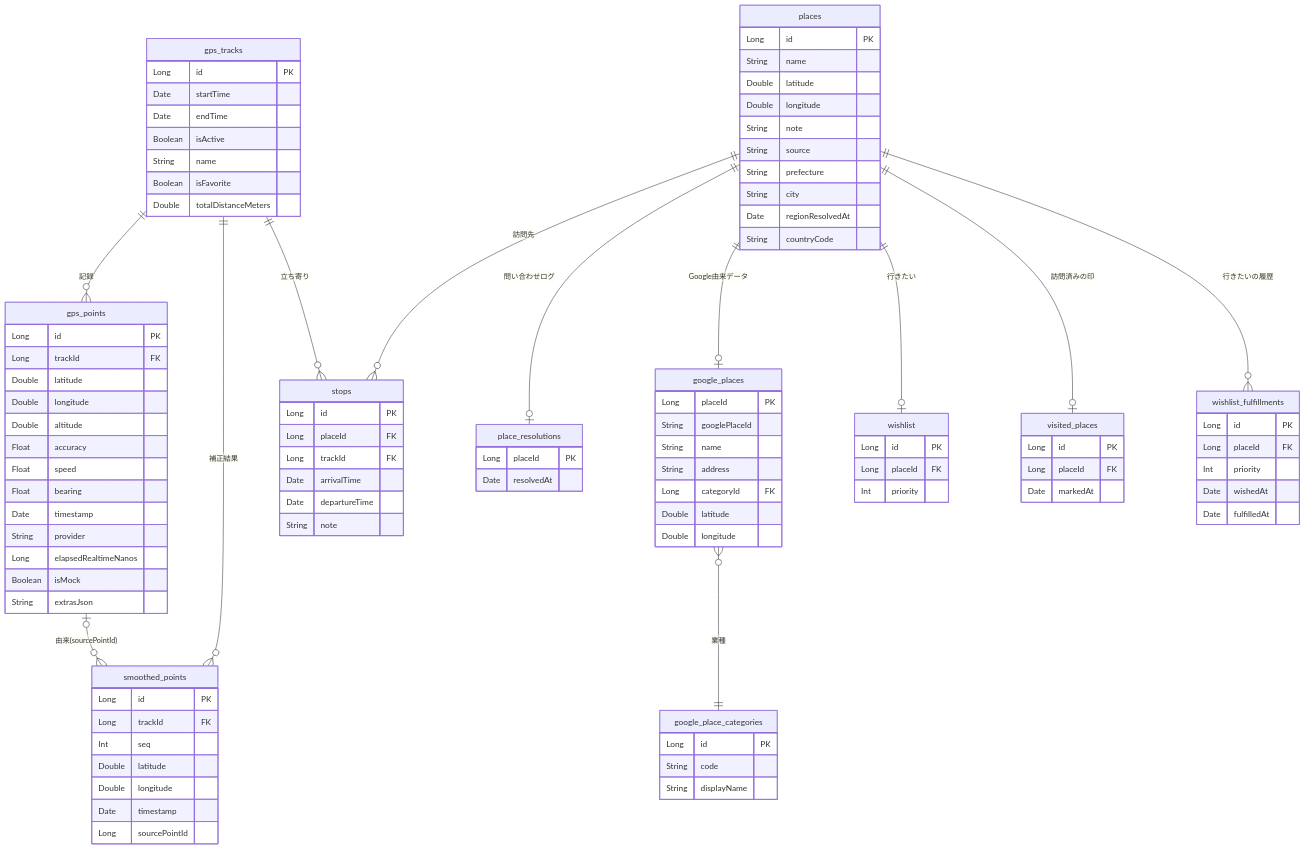
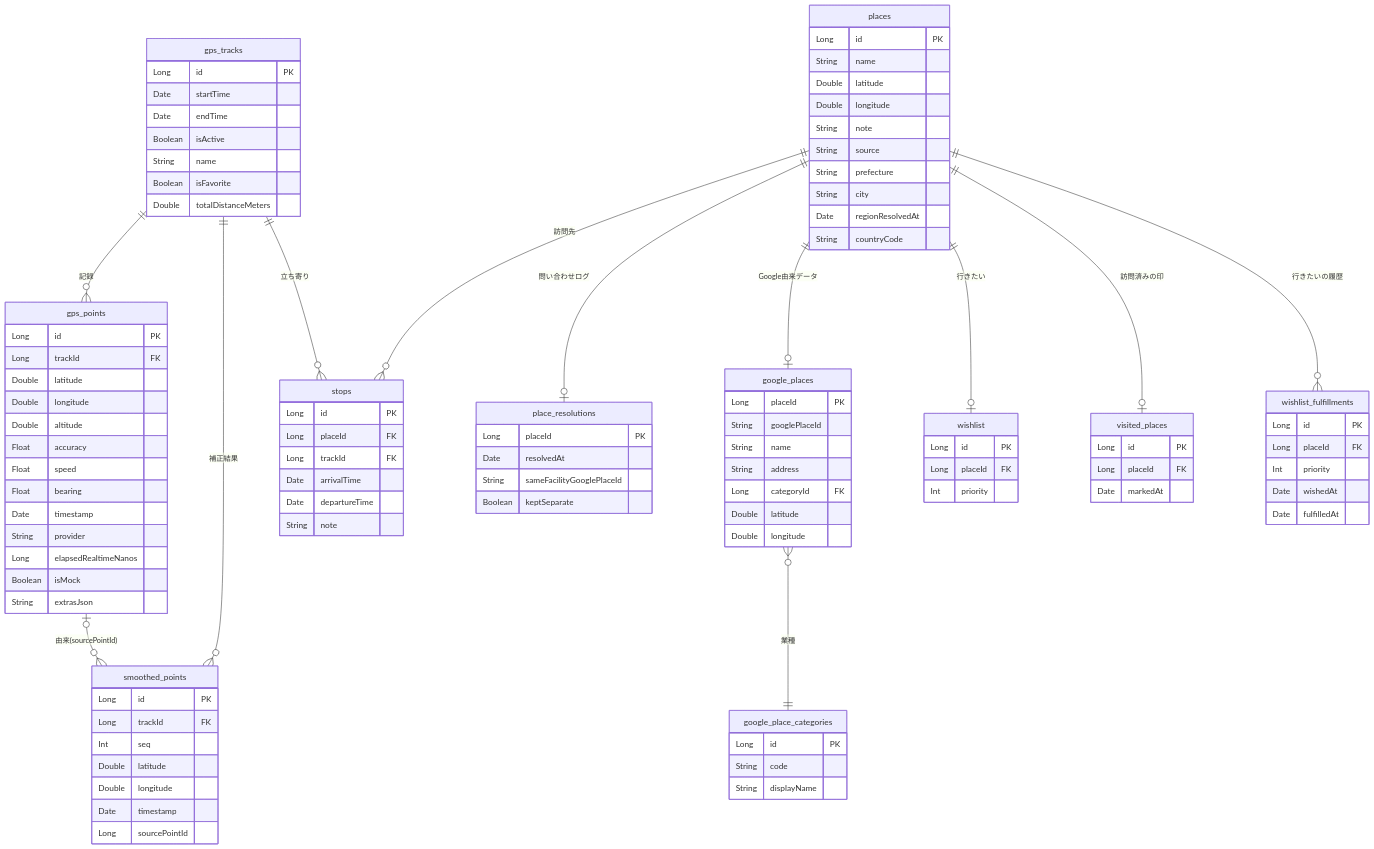
Before and after one commit to y-nosuke/pathly: the diagram in docs/specs/model.md, drawn with Mermaid. The commit also changed other lines of this file and 41 other files, not shown here.

```diff
--- a/docs/specs/model.md
+++ b/docs/specs/model.md
@@ -81,6 +81,8 @@
   place_resolutions {
     Long placeId PK
     Date resolvedAt
+    String sameFacilityGooglePlaceId
+    Boolean keptSeparate
   }
   google_places {
     Long placeId PK
```
